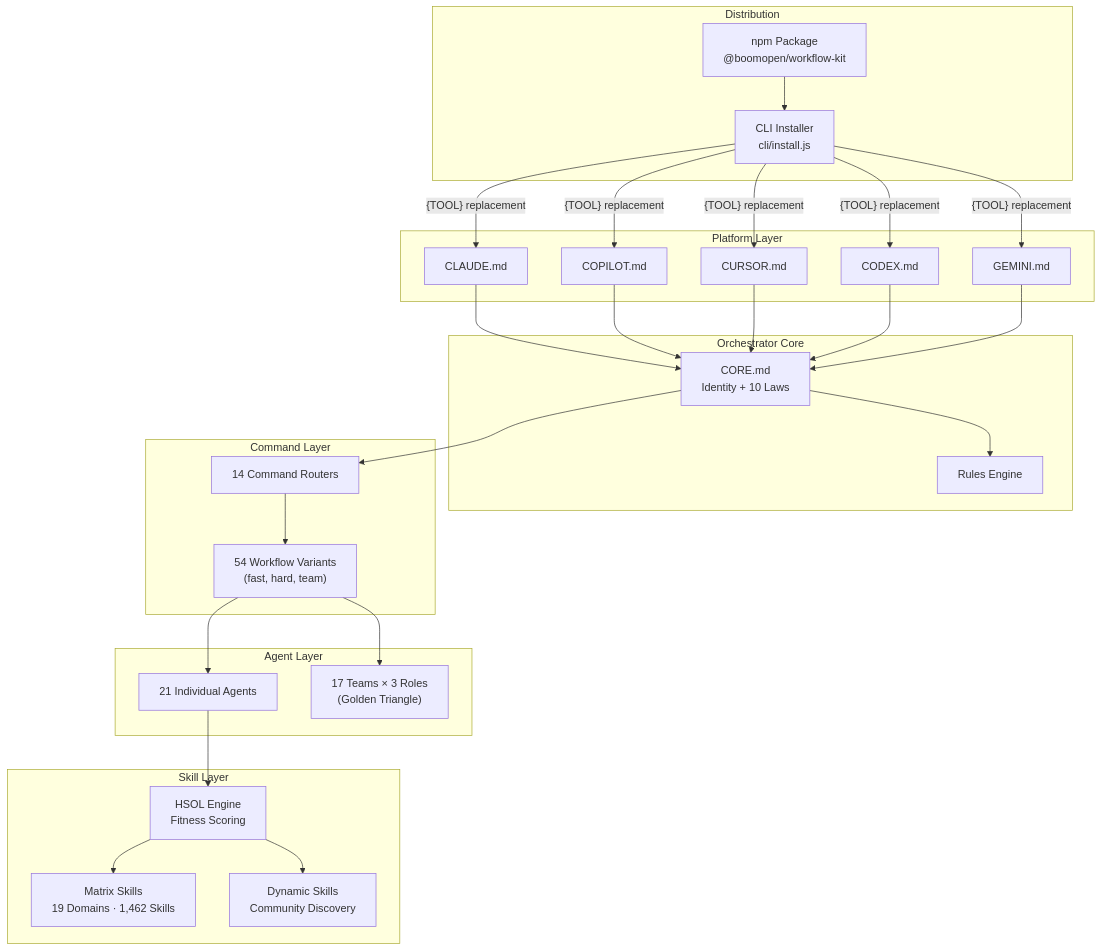
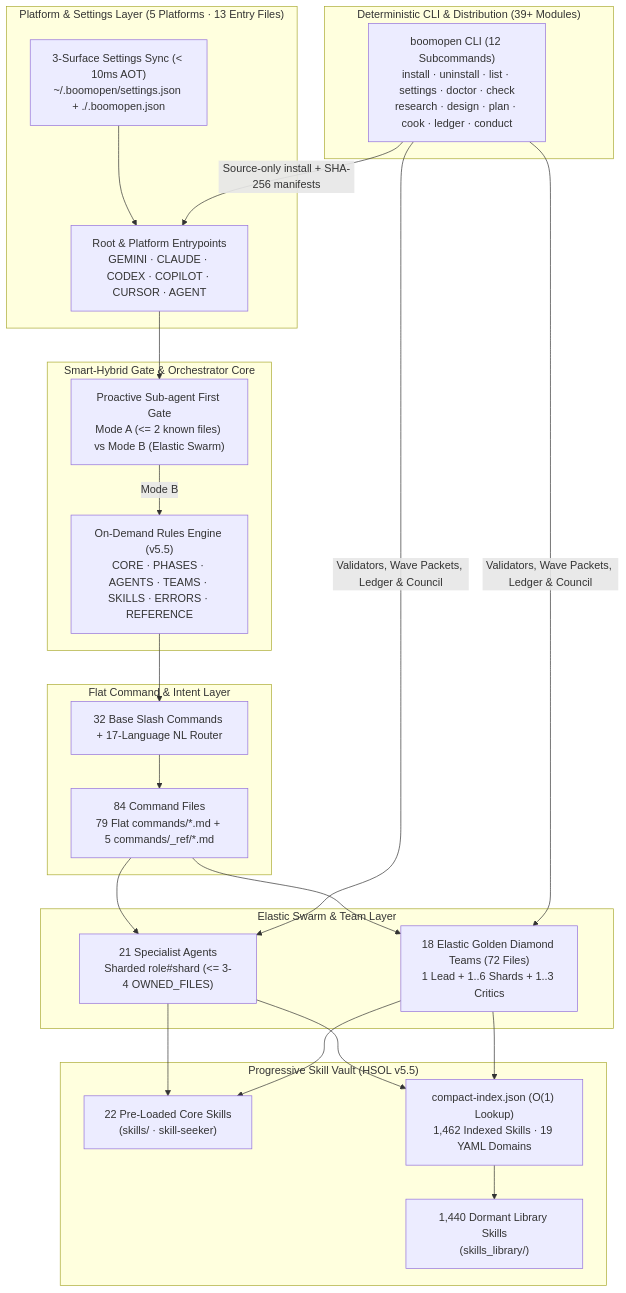
The diagram in documents/knowledge-architecture/00-index.md (Kennyboom/BoomOpen-Workflow-Kit-Pro), drawn with Mermaid before and after one commit. The commit also changed other lines of this file and 302 other files, not shown here.

Commit message:
fix(workflows,docs): align 84 commands, 18 teams, 5 platforms, 17 READMEs & 50 knowledge docs to Pro v5.5

````diff
--- a/documents/knowledge-architecture/00-index.md
+++ b/documents/knowledge-architecture/00-index.md
@@ -15,48 +15,42 @@
 ```mermaid
 graph TB
-    subgraph "Platform Layer"
-        CLAUDE["CLAUDE.md"]
-        COPILOT["COPILOT.md"]
-        CURSOR["CURSOR.md"]
-        CODEX["CODEX.md"]
-        GEMINI["GEMINI.md"]
+    subgraph "Platform & Settings Layer (5 Platforms · 13 Entry Files)"
+        EP["Root & Platform Entrypoints<br/>GEMINI · CLAUDE · CODEX · COPILOT · CURSOR · AGENT"]
+        CFG["3-Surface Settings Sync (< 10ms AOT)<br/>~/.boomopen/settings.json + ./.boomopen.json"]
     end
 
-    subgraph "Orchestrator Core"
-        CORE["CORE.md<br/>Identity + 10 Laws"]
-        RULES["Rules Engine"]
+    subgraph "Smart-Hybrid Gate & Orchestrator Core"
+        GATE["Proactive Sub-agent First Gate<br/>Mode A (<= 2 known files) vs Mode B (Elastic Swarm)"]
+        CORE["On-Demand Rules Engine (v5.5)<br/>CORE · PHASES · AGENTS · TEAMS · SKILLS · ERRORS · REFERENCE"]
     end
 
-    subgraph "Command Layer"
-        ROUTER["14 Command Routers"]
-        VARIANTS["54 Workflow Variants<br/>(fast, hard, team)"]
+    subgraph "Flat Command & Intent Layer"
+        ROUTER["32 Base Slash Commands + 17-Language NL Router"]
+        FLAT["84 Command Files<br/>79 Flat commands/*.md + 5 commands/_ref/*.md"]
     end
 
-    subgraph "Agent Layer"
-        AGENTS["21 Individual Agents"]
-        TEAMS["17 Teams × 3 Roles<br/>(Golden Triangle)"]
+    subgraph "Elastic Swarm & Team Layer"
+        AGENTS["21 Specialist Agents<br/>Sharded role#shard (<= 3-4 OWNED_FILES)"]
+        TEAMS["18 Elastic Golden Diamond Teams (72 Files)<br/>1 Lead + 1..6 Shards + 1..3 Critics"]
     end
 
-    subgraph "Skill Layer"
-        MATRIX["Matrix Skills<br/>19 Domains · 1,462 Skills"]
-        DYNAMIC["Dynamic Skills<br/>Community Discovery"]
-        HSOL["HSOL Engine<br/>Fitness Scoring"]
+    subgraph "Progressive Skill Vault (HSOL v5.5)"
+        CORE_SK["22 Pre-Loaded Core Skills<br/>(skills/ · skill-seeker)"]
+        COMPACT["compact-index.json (O(1) Lookup)<br/>1,462 Indexed Skills · 19 YAML Domains"]
+        LIB_SK["1,440 Dormant Library Skills<br/>(skills_library/)"]
     end
 
-    subgraph "Distribution"
-        CLI["CLI Installer<br/>cli/install.js"]
-        PKG["npm Package<br/>@boomopen/workflow-kit"]
+    subgraph "Deterministic CLI & Distribution (39+ Modules)"
+        CLI["boomopen CLI (12 Subcommands)<br/>install · uninstall · list · settings · doctor · check<br/>research · design · plan · cook · ledger · conduct"]
     end
 
-    CLAUDE & COPILOT & CURSOR & CODEX & GEMINI --> CORE
-    CORE --> RULES
-    CORE --> ROUTER
-    ROUTER --> VARIANTS
-    VARIANTS --> AGENTS
-    VARIANTS --> TEAMS
-    AGENTS --> HSOL
-    HSOL --> MATRIX
-    HSOL --> DYNAMIC
-    PKG --> CLI
-    CLI -->|"{TOOL} replacement"| CLAUDE & COPILOT & CURSOR & CODEX & GEMINI
+    CFG --> EP
+    EP --> GATE
+    GATE -->|"Mode B"| CORE
+    CORE --> ROUTER --> FLAT
+    FLAT --> AGENTS & TEAMS
+    AGENTS & TEAMS --> CORE_SK & COMPACT
+    COMPACT --> LIB_SK
+    CLI -->|"Validators, Wave Packets, Ledger & Council"| AGENTS & TEAMS
+    CLI -->|"Source-only install + SHA-256 manifests"| EP
 ```
````
